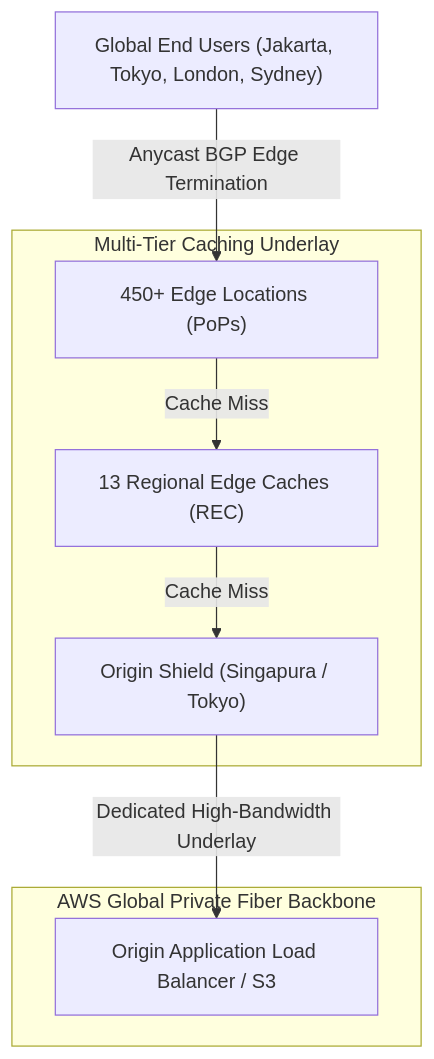
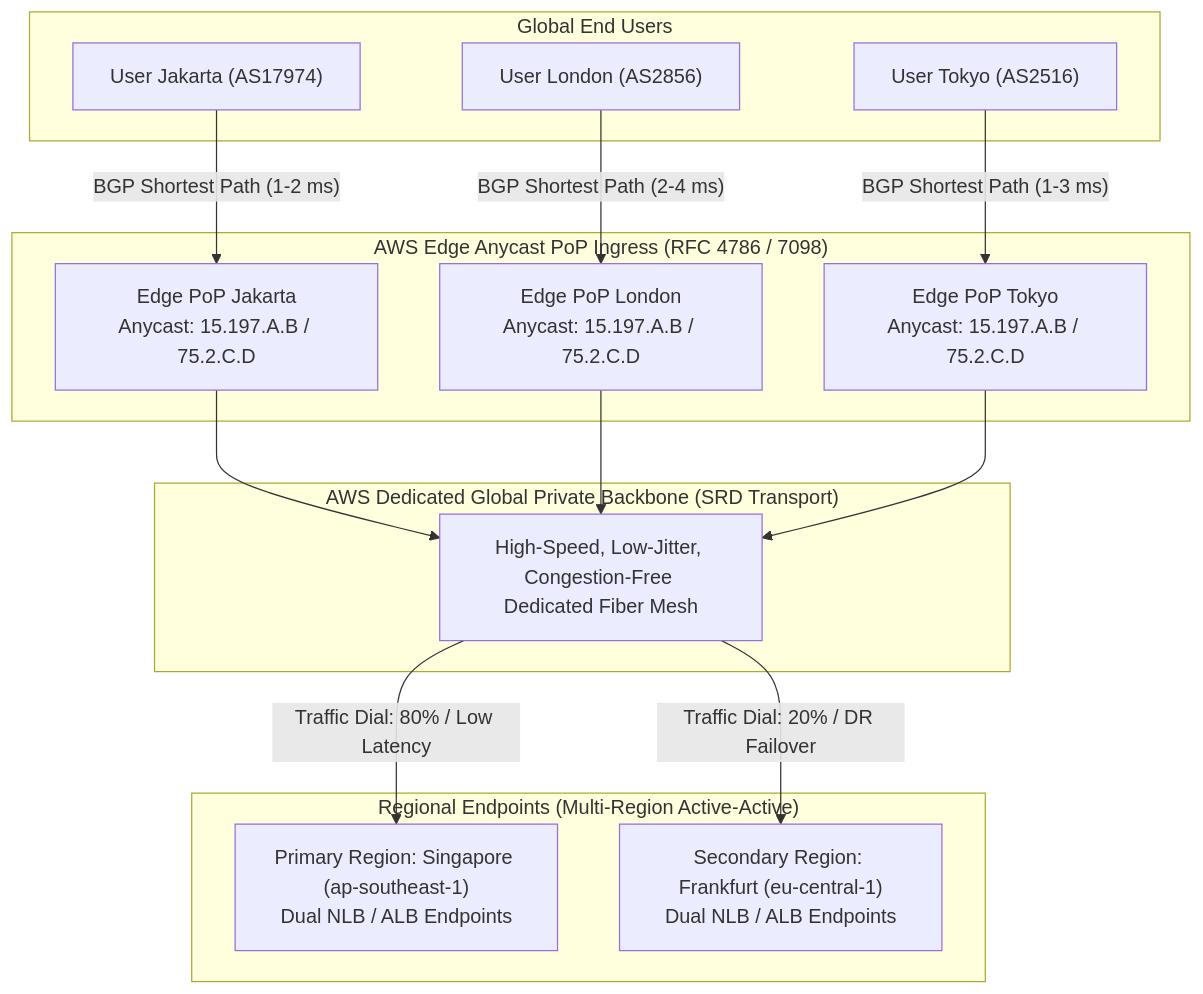
The first of 9 diagrams in docs/modules/25-cloudfront-global-accelerator.md (robertusnegoro/cloud-network-learning-materials), drawn with Mermaid before and after one commit. The commit also changed other lines of this file and 11 other files, not shown here.

First line of the commit message:
feat(aga): add AWS Global Accelerator deep-dive, interactive Anycast simulator, and Lab 08 IaC

````diff
--- a/docs/modules/25-cloudfront-global-accelerator.md
+++ b/docs/modules/25-cloudfront-global-accelerator.md
@@ -62,13 +41,34 @@
 ```mermaid
 graph TD
-    User["Global End Users (Jakarta, Tokyo, London, Sydney)"] -->|"Anycast BGP Edge Termination"| PoP["450+ Edge Locations (PoPs)"]
-    
-    subgraph RegionalCaching["Multi-Tier Caching Underlay"]
-        PoP -->|"Cache Miss"| REC["13 Regional Edge Caches (REC)"]
-        REC -->|"Cache Miss"| OriginShield["Origin Shield (Singapura / Tokyo)"]
+    subgraph GlobalUsers["Global End Users"]
+        U_JKT["User Jakarta (AS17974)"]
+        U_LON["User London (AS2856)"]
+        U_TYO["User Tokyo (AS2516)"]
     end
 
-    subgraph AWSBackbone["AWS Global Private Fiber Backbone"]
-        OriginShield -->|"Dedicated High-Bandwidth Underlay"| OriginALB["Origin Application Load Balancer / S3"]
+    subgraph AnycastEdge["AWS Edge Anycast PoP Ingress (RFC 4786 / 7098)"]
+        PoP_JKT["Edge PoP Jakarta<br/>Anycast: 15.197.A.B / 75.2.C.D"]
+        PoP_LON["Edge PoP London<br/>Anycast: 15.197.A.B / 75.2.C.D"]
+        PoP_TYO["Edge PoP Tokyo<br/>Anycast: 15.197.A.B / 75.2.C.D"]
     end
+
+    subgraph AWSBackbone["AWS Dedicated Global Private Backbone (SRD Transport)"]
+        Backbone["High-Speed, Low-Jitter, Congestion-Free Dedicated Fiber Mesh"]
+    end
+
+    subgraph RegionalTargets["Regional Endpoints (Multi-Region Active-Active)"]
+        Reg_SIN["Primary Region: Singapore (ap-southeast-1)<br/>Dual NLB / ALB Endpoints"]
+        Reg_FRA["Secondary Region: Frankfurt (eu-central-1)<br/>Dual NLB / ALB Endpoints"]
+    end
+
+    U_JKT -->|"BGP Shortest Path (1-2 ms)"| PoP_JKT
+    U_LON -->|"BGP Shortest Path (2-4 ms)"| PoP_LON
+    U_TYO -->|"BGP Shortest Path (1-3 ms)"| PoP_TYO
+
+    PoP_JKT --> Backbone
+    PoP_LON --> Backbone
+    PoP_TYO --> Backbone
+
+    Backbone -->|"Traffic Dial: 80% / Low Latency"| Reg_SIN
+    Backbone -->|"Traffic Dial: 20% / DR Failover"| Reg_FRA
 ```
````
